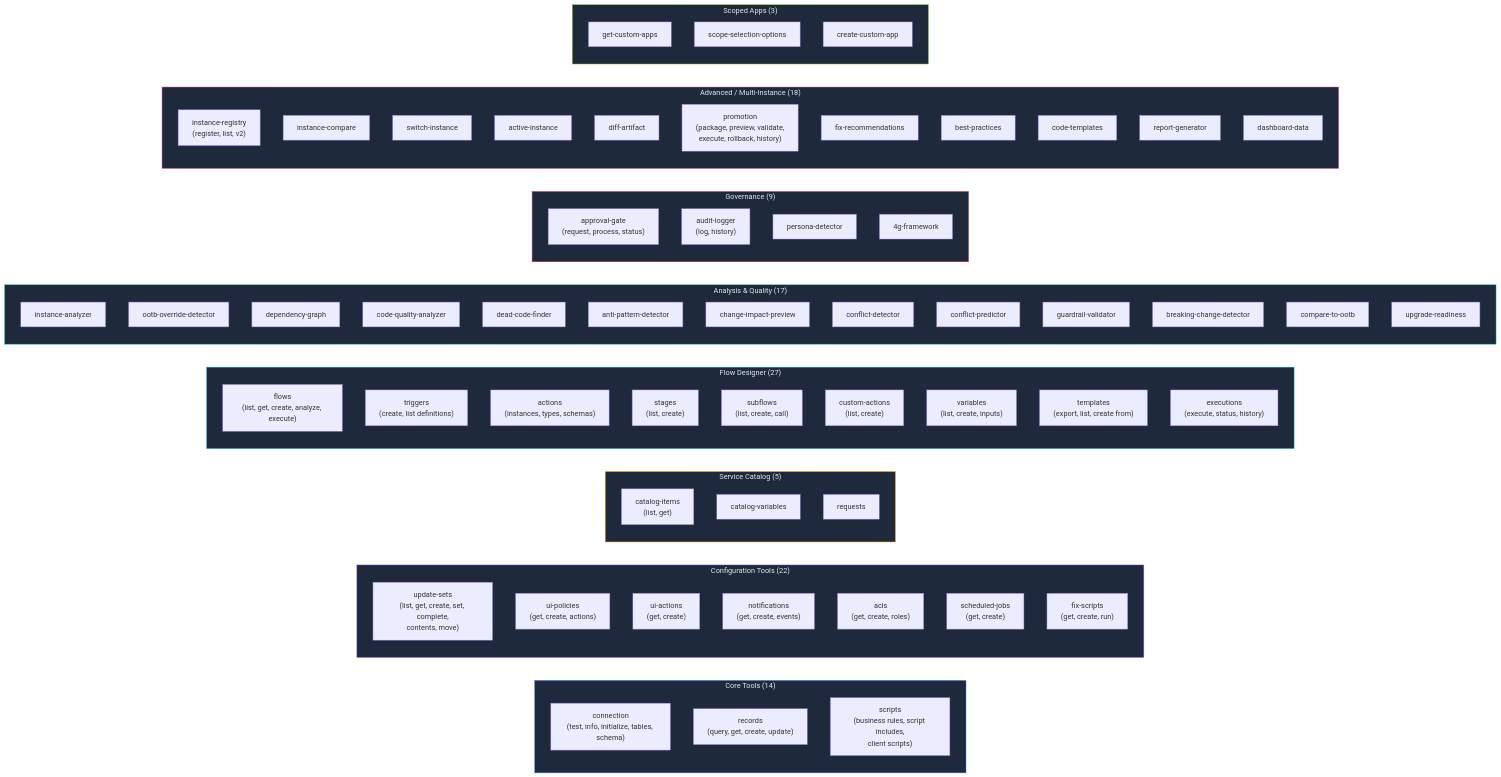
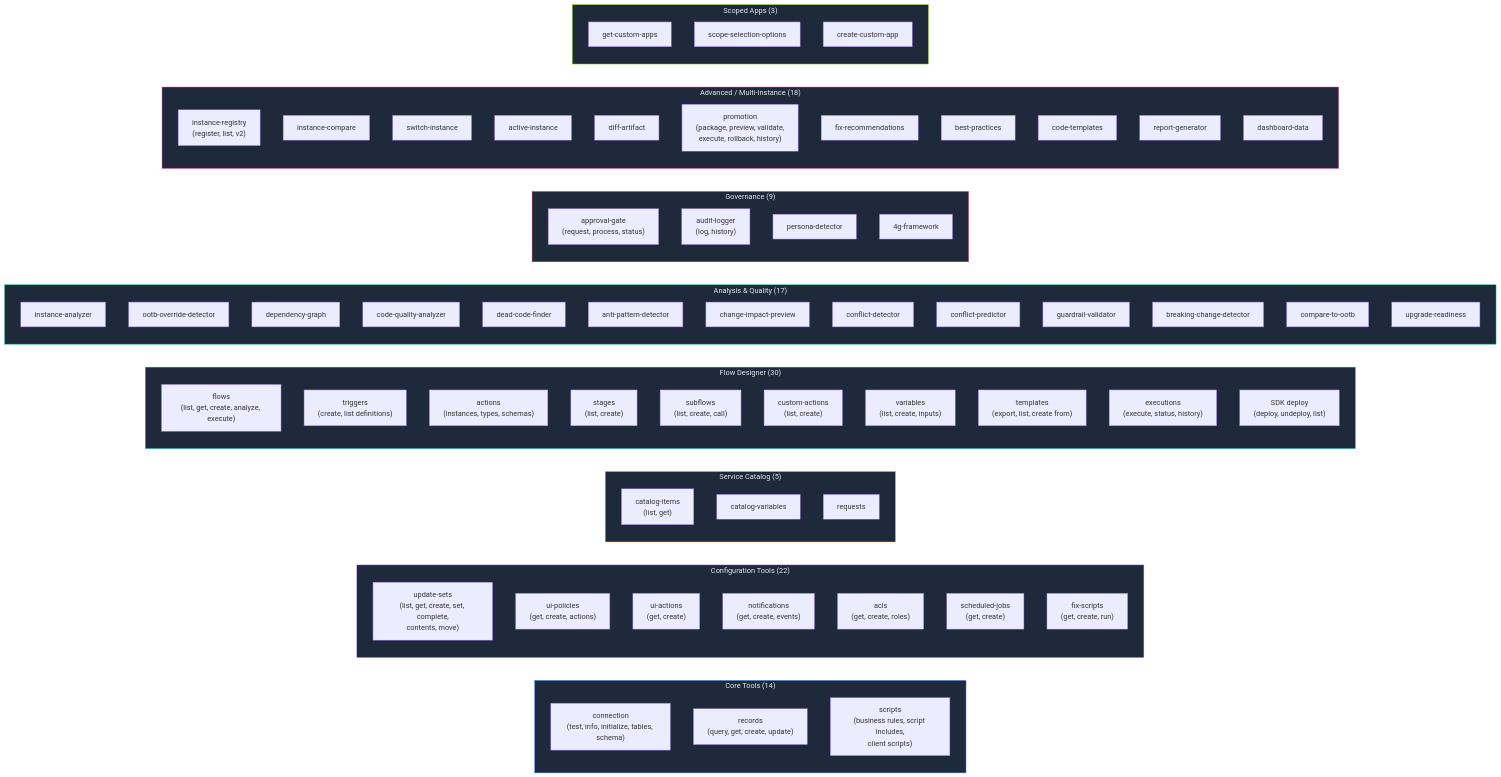
Before and after one commit to rtnsht/SN-AI-Dev-Agent: the sixth of 13 diagrams in docs/architecture.md, drawn with Mermaid. The commit also changed other lines of this file and 34 other files, not shown here.

Commit message:
Refactor SDK flow deployment workspace

```diff
--- a/docs/architecture.md
+++ b/docs/architecture.md
@@ -325,7 +325,7 @@
         CA3["requests"]
     end
 
-    subgraph FLOWS["Flow Designer (27)"]
+    subgraph FLOWS["Flow Designer (30)"]
         F1["flows<br/>(list, get, create, analyze, execute)"]
         F2["triggers<br/>(create, list definitions)"]
         F3["actions<br/>(instances, types, schemas)"]
@@ -335,6 +335,7 @@
         F7["variables<br/>(list, create, inputs)"]
         F8["templates<br/>(export, list, create from)"]
         F9["executions<br/>(execute, status, history)"]
+        F10["SDK deploy<br/>(deploy, undeploy, list)"]
     end
 
     subgraph ANALYSIS["Analysis & Quality (17)"]
```
